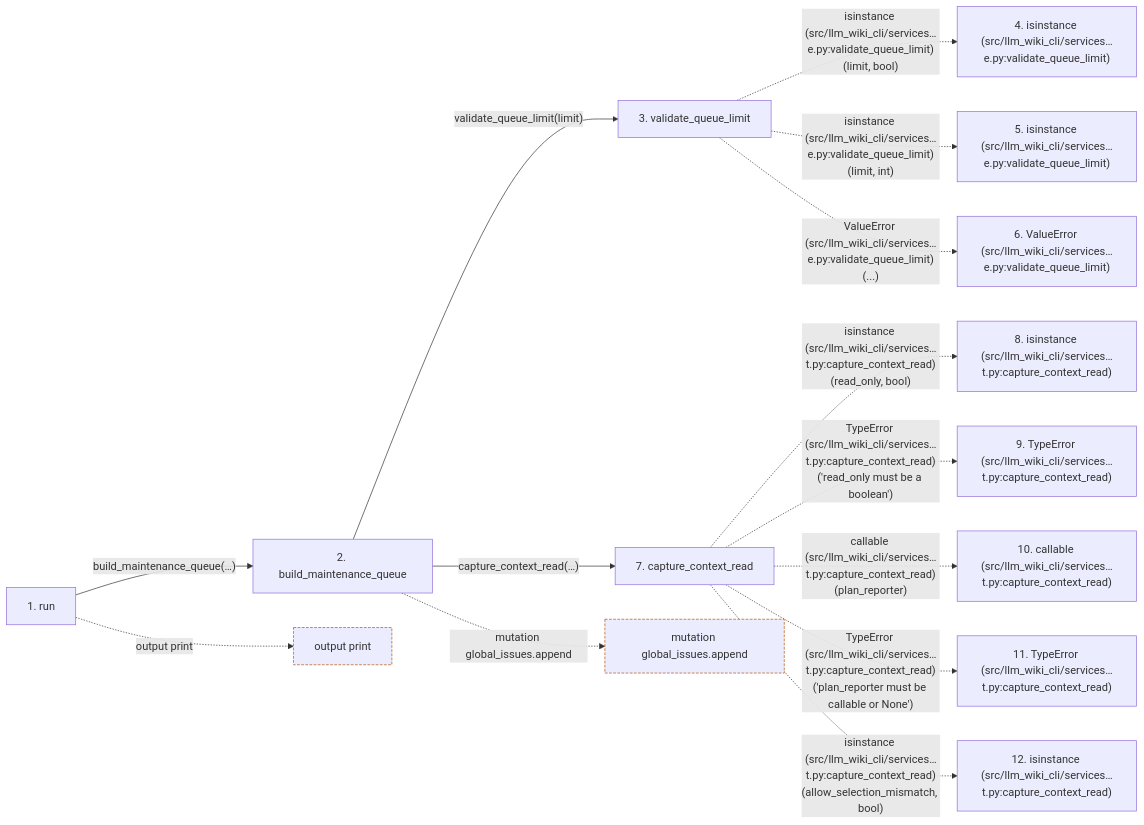
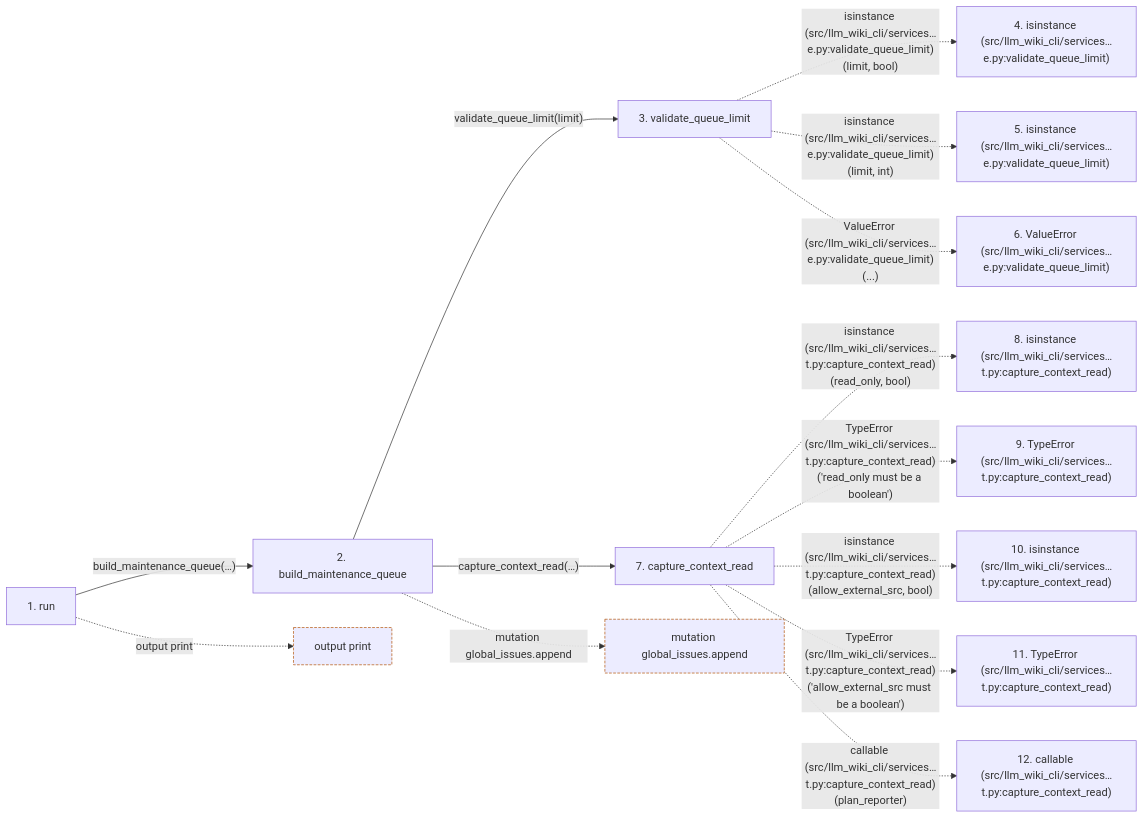
The second of 2 diagrams in docs/llm_wiki/flows/cli-queue.md (Denissvgn/python-wiki-llm), drawn with Mermaid before and after one commit. The commit also changed other lines of this file and 398 other files, not shown here.

````diff
--- a/docs/llm_wiki/flows/cli-queue.md
+++ b/docs/llm_wiki/flows/cli-queue.md
@@ -130,37 +129,37 @@
 ```mermaid
 flowchart LR
     s1["1. run"]
     s2["2. build_maintenance_queue"]
     s3["3. validate_queue_limit"]
     s4["4. isinstance (src/llm_wiki_cli/services…e.py:validate_queue_limit)"]
     s5["5. isinstance (src/llm_wiki_cli/services…e.py:validate_queue_limit)"]
     s6["6. ValueError (src/llm_wiki_cli/services…e.py:validate_queue_limit)"]
     s7["7. capture_context_read"]
     s8["8. isinstance (src/llm_wiki_cli/services…t.py:capture_context_read)"]
     s9["9. TypeError (src/llm_wiki_cli/services…t.py:capture_context_read)"]
-    s10["10. callable (src/llm_wiki_cli/services…t.py:capture_context_read)"]
+    s10["10. isinstance (src/llm_wiki_cli/services…t.py:capture_context_read)"]
     s11["11. TypeError (src/llm_wiki_cli/services…t.py:capture_context_read)"]
-    s12["12. isinstance (src/llm_wiki_cli/services…t.py:capture_context_read)"]
+    s12["12. callable (src/llm_wiki_cli/services…t.py:capture_context_read)"]
     s1 -->|"build_maintenance_queue(…)"| s2
     s2 -->|"validate_queue_limit(limit)"| s3
     s3 -. "isinstance (src/llm_wiki_cli/services…e.py:validate_queue_limit)(limit, bool)" .-> s4
     s3 -. "isinstance (src/llm_wiki_cli/services…e.py:validate_queue_limit)(limit, int)" .-> s5
     s3 -. "ValueError (src/llm_wiki_cli/services…e.py:validate_queue_limit)(...)" .-> s6
     s2 -->|"capture_context_read(…)"| s7
     s7 -. "isinstance (src/llm_wiki_cli/services…t.py:capture_context_read)(read_only, bool)" .-> s8
     s7 -. "TypeError (src/llm_wiki_cli/services…t.py:capture_context_read)('read_only must be a boolean')" .-> s9
-    s7 -. "callable (src/llm_wiki_cli/services…t.py:capture_context_read)(plan_reporter)" .-> s10
-    s7 -. "TypeError (src/llm_wiki_cli/services…t.py:capture_context_read)('plan_reporter must be callable or None')" .-> s11
-    s7 -. "isinstance (src/llm_wiki_cli/services…t.py:capture_context_read)(allow_selection_mismatch, bool)" .-> s12
+    s7 -. "isinstance (src/llm_wiki_cli/services…t.py:capture_context_read)(allow_external_src, bool)" .-> s10
+    s7 -. "TypeError (src/llm_wiki_cli/services…t.py:capture_context_read)('allow_external_src must be a boolean')" .-> s11
+    s7 -. "callable (src/llm_wiki_cli/services…t.py:capture_context_read)(plan_reporter)" .-> s12
     b0["output print"]
     s1 -. "output print" .-> b0
     b1["mutation global_issues.append"]
     s2 -. "mutation global_issues.append" .-> b1
     click s1 "../modules/queue_cmd.md"
     click s2 "../modules/maintenance_queue.md"
     click s3 "../modules/maintenance_queue.md"
     click s7 "../modules/context_packet.md"
     classDef boundary stroke:#b45309,stroke-dasharray: 4 2
     class b0 boundary
     class b1 boundary
 ```
````
